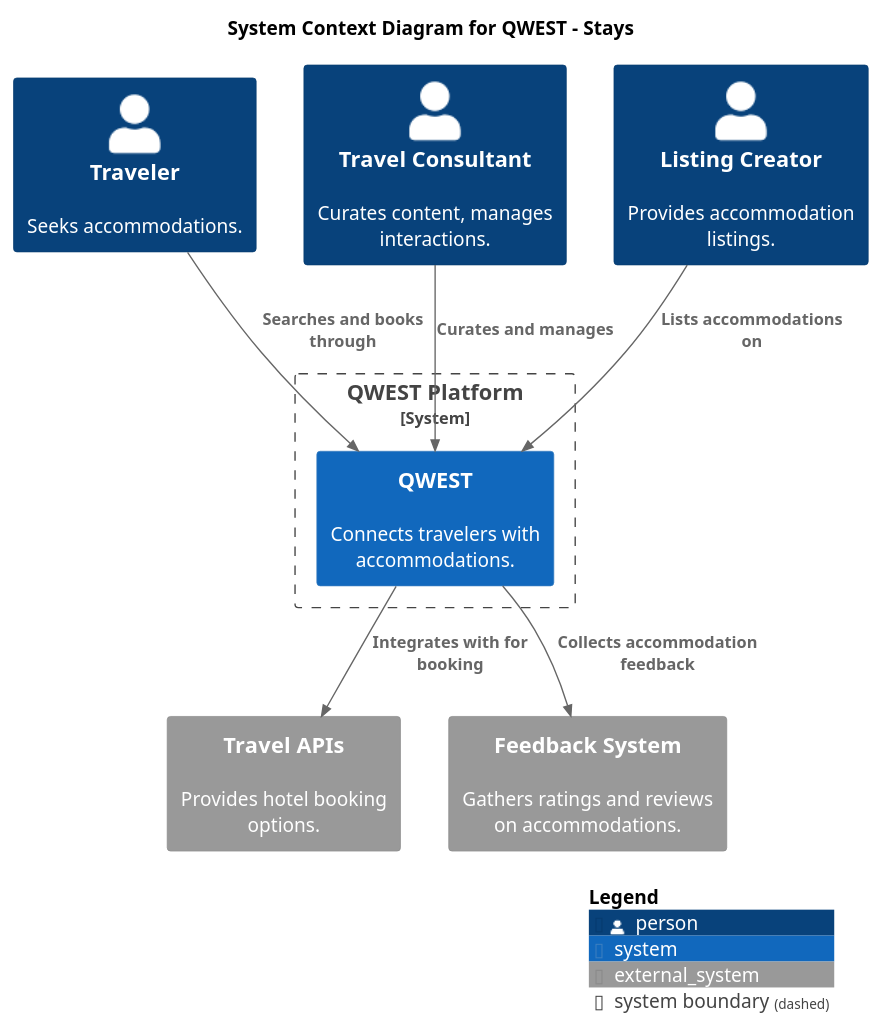
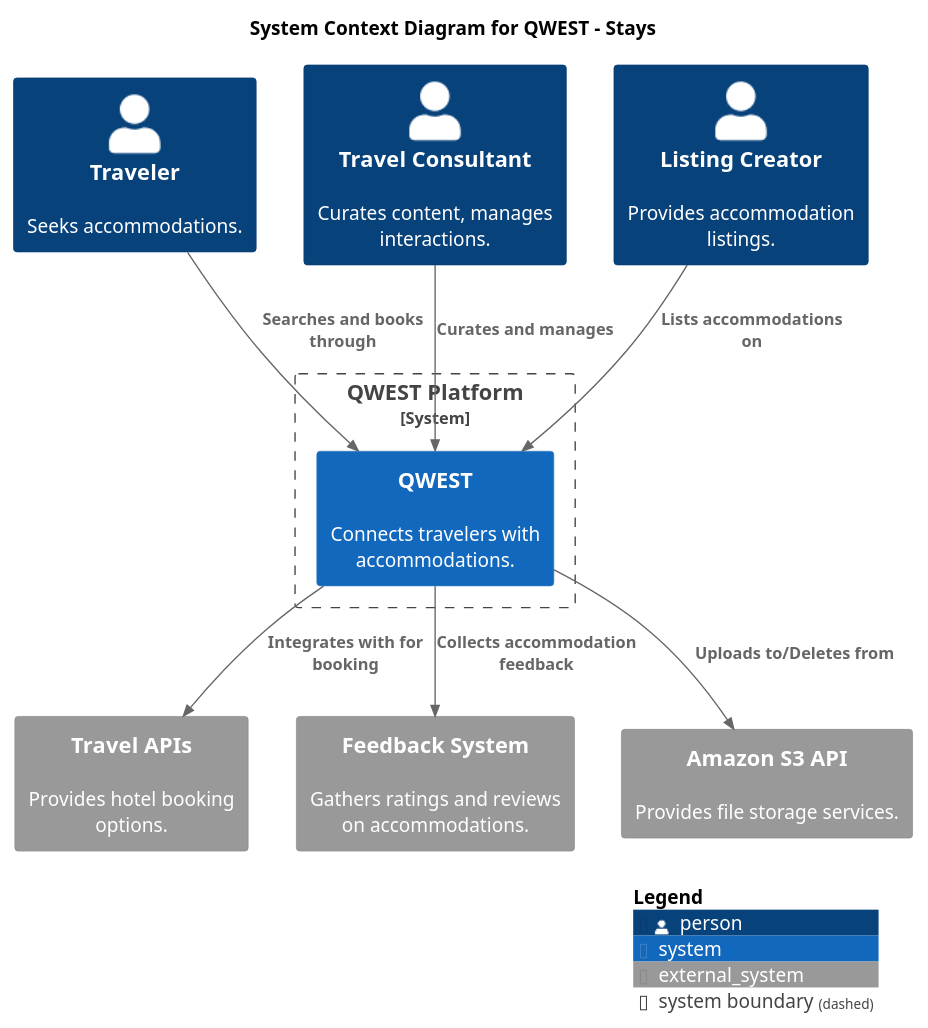
One commit to shev0k/qwest-be changed the diagram in Documentation/Diagrams/C1.puml. Above: the diagram before and after it, drawn with PlantUML. The commit also changed 6 other files, not shown here.

```diff
--- a/Documentation/Diagrams/C1.puml
+++ b/Documentation/Diagrams/C1.puml
@@ -1,27 +1,30 @@
 @startuml
 !includeurl https://raw.githubusercontent.com/RicardoNiepel/C4-PlantUML/master/C4_Context.puml
 
 LAYOUT_WITH_LEGEND()
 
 title System Context Diagram for QWEST - Stays
 
 Person(user, "Traveler", "Seeks accommodations.")
 Person(travelConsultant, "Travel Consultant", "Curates content, manages interactions.")
 Person(listingCreator, "Listing Creator", "Provides accommodation listings.")
 
 System_Boundary(c1, "QWEST Platform") {
     System(qwest, "QWEST", "Connects travelers with accommodations.")
 }
 
 System_Ext(travelAPIs, "Travel APIs", "Provides hotel booking options.")
 System_Ext(userFeedback, "Feedback System", "Gathers ratings and reviews on accommodations.")
 
 Rel(user, qwest, "Searches and books through")
 Rel(travelConsultant, qwest, "Curates and manages")
 Rel(listingCreator, qwest, "Lists accommodations on")
 Rel(qwest, travelAPIs, "Integrates with for booking")
 Rel(qwest, userFeedback, "Collects accommodation feedback")
 
+System_Ext(s3AmazonAPI, "Amazon S3 API", "Provides file storage services.")
+Rel(qwest, s3AmazonAPI, "Uploads to/Deletes from")
+
 SHOW_LEGEND()
 
 @enduml
```
